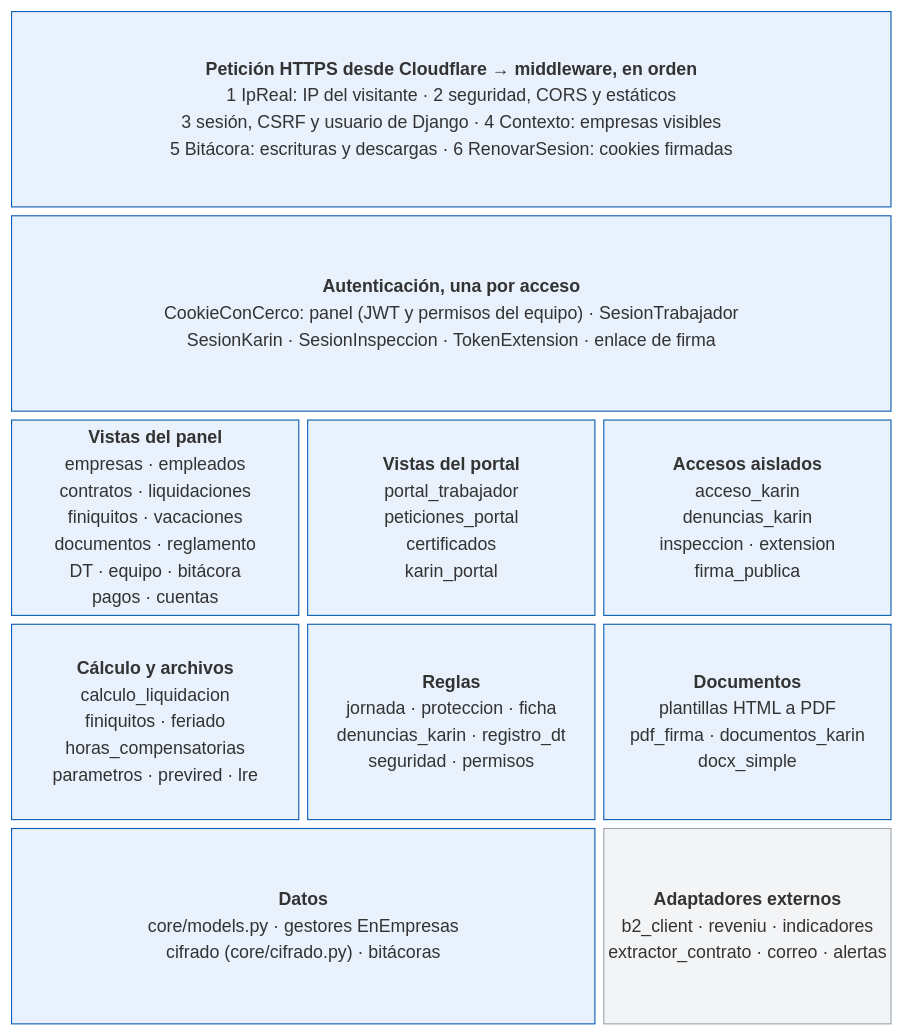
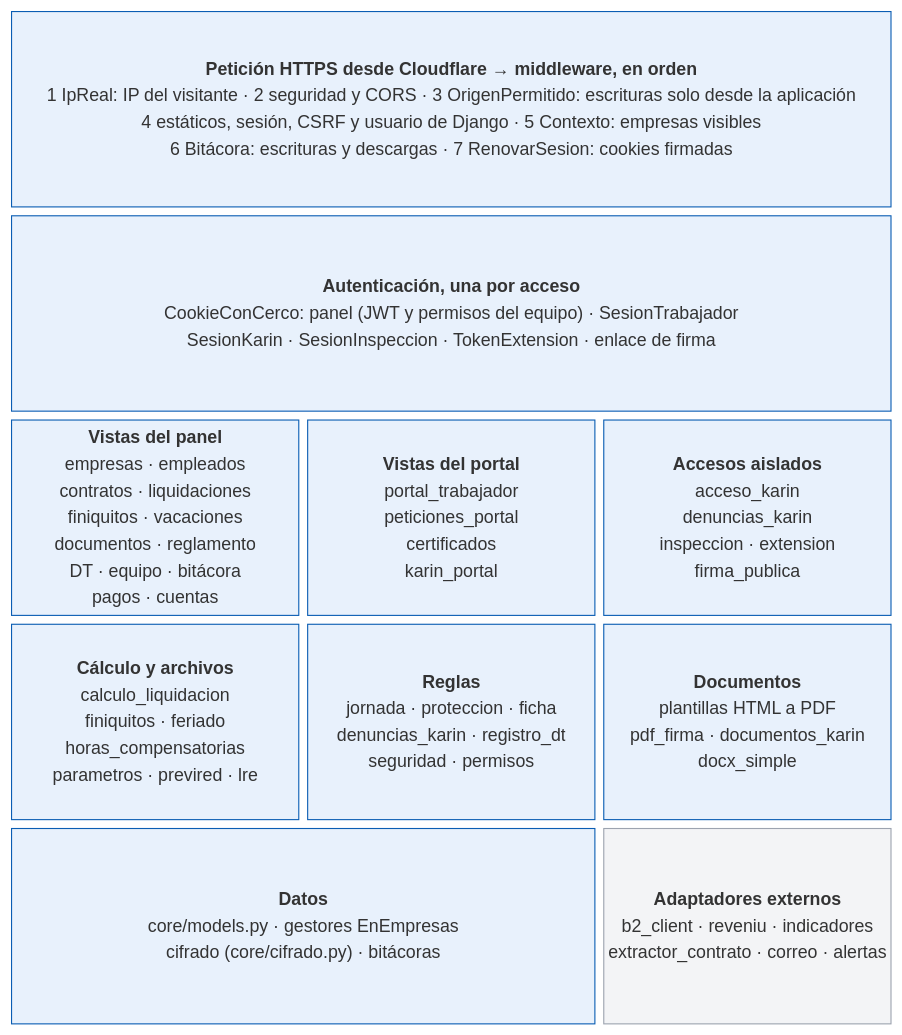
The diagram in docs/tecnico/figuras/04-componentes.mmd (FehuDeveloperTeam/jornada40-saas), drawn with Mermaid before and after one commit. The commit also changed 8 other files, not shown here.

First line of the commit message:
Documento técnico 0.3.1: corrección de CSRF y del arranque

```diff
--- a/docs/tecnico/figuras/04-componentes.mmd
+++ b/docs/tecnico/figuras/04-componentes.mmd
@@ -1,18 +1,18 @@
 %% Capítulo 4: componentes de la API (modelo C4, nivel 3), por capas.
 block-beta
   columns 3
-  MW["<b>Petición HTTPS desde Cloudflare → middleware, en orden</b><br/>1 IpReal: IP del visitante · 2 seguridad, CORS y estáticos<br/>3 sesión, CSRF y usuario de Django · 4 Contexto: empresas visibles<br/>5 Bitácora: escrituras y descargas · 6 RenovarSesion: cookies firmadas"]:3
+  MW["<b>Petición HTTPS desde Cloudflare → middleware, en orden</b><br/>1 IpReal: IP del visitante · 2 seguridad y CORS · 3 OrigenPermitido: escrituras solo desde la aplicación<br/>4 estáticos, sesión, CSRF y usuario de Django · 5 Contexto: empresas visibles<br/>6 Bitácora: escrituras y descargas · 7 RenovarSesion: cookies firmadas"]:3
   AUT["<b>Autenticación, una por acceso</b><br/>CookieConCerco: panel (JWT y permisos del equipo) · SesionTrabajador<br/>SesionKarin · SesionInspeccion · TokenExtension · enlace de firma"]:3
   V1["<b>Vistas del panel</b><br/>empresas · empleados<br/>contratos · liquidaciones<br/>finiquitos · vacaciones<br/>documentos · reglamento<br/>DT · equipo · bitácora<br/>pagos · cuentas"]
   V2["<b>Vistas del portal</b><br/>portal_trabajador<br/>peticiones_portal<br/>certificados<br/>karin_portal"]
   V3["<b>Accesos aislados</b><br/>acceso_karin<br/>denuncias_karin<br/>inspeccion · extension<br/>firma_publica"]
   R1["<b>Cálculo y archivos</b><br/>calculo_liquidacion<br/>finiquitos · feriado<br/>horas_compensatorias<br/>parametros · previred · lre"]
   R2["<b>Reglas</b><br/>jornada · proteccion · ficha<br/>denuncias_karin · registro_dt<br/>seguridad · permisos"]
   R3["<b>Documentos</b><br/>plantillas HTML a PDF<br/>pdf_firma · documentos_karin<br/>docx_simple"]
   D1["<b>Datos</b><br/>core/models.py · gestores EnEmpresas<br/>cifrado (core/cifrado.py) · bitácoras"]:2
   X1["<b>Adaptadores externos</b><br/>b2_client · reveniu · indicadores<br/>extractor_contrato · correo · alertas"]
 
   classDef caja fill:#E8F1FC,stroke:#0A5DB3,color:#1F2937
   classDef adaptador fill:#F3F4F6,stroke:#9CA3AF,color:#1F2937
   class MW,AUT,V1,V2,V3,R1,R2,R3,D1 caja
   class X1 adaptador
```
